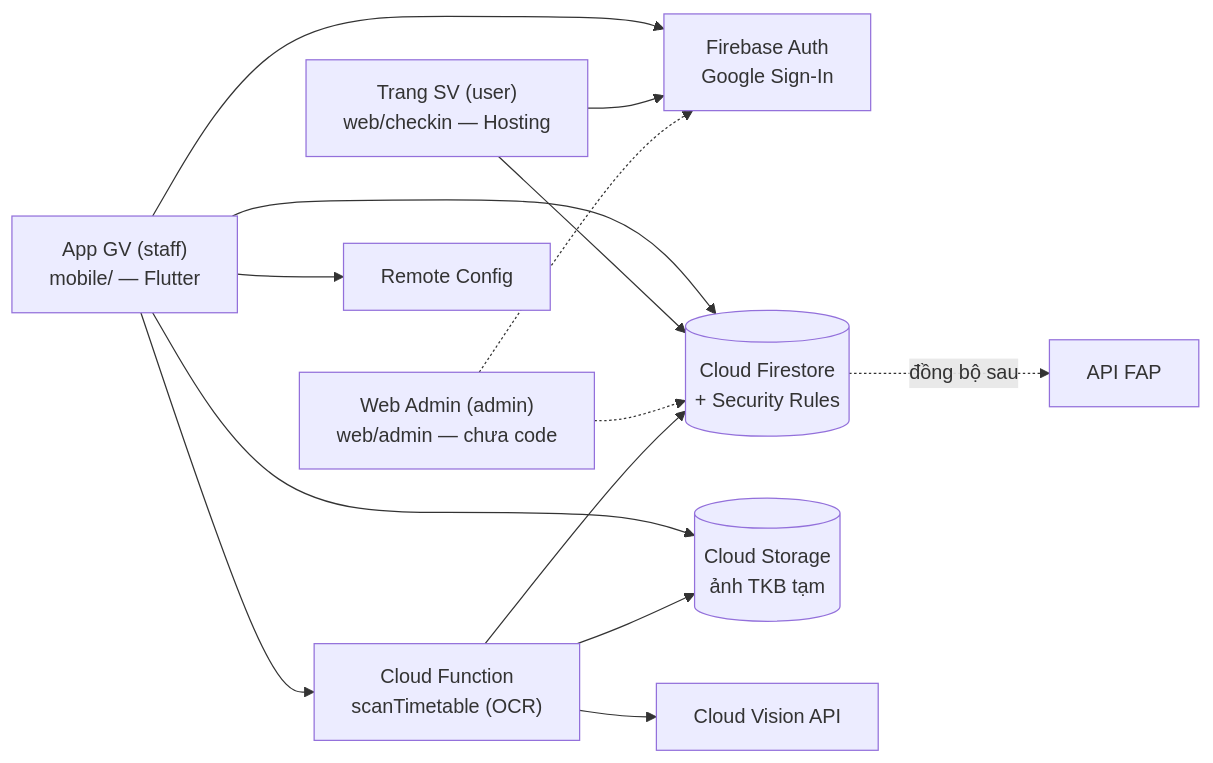
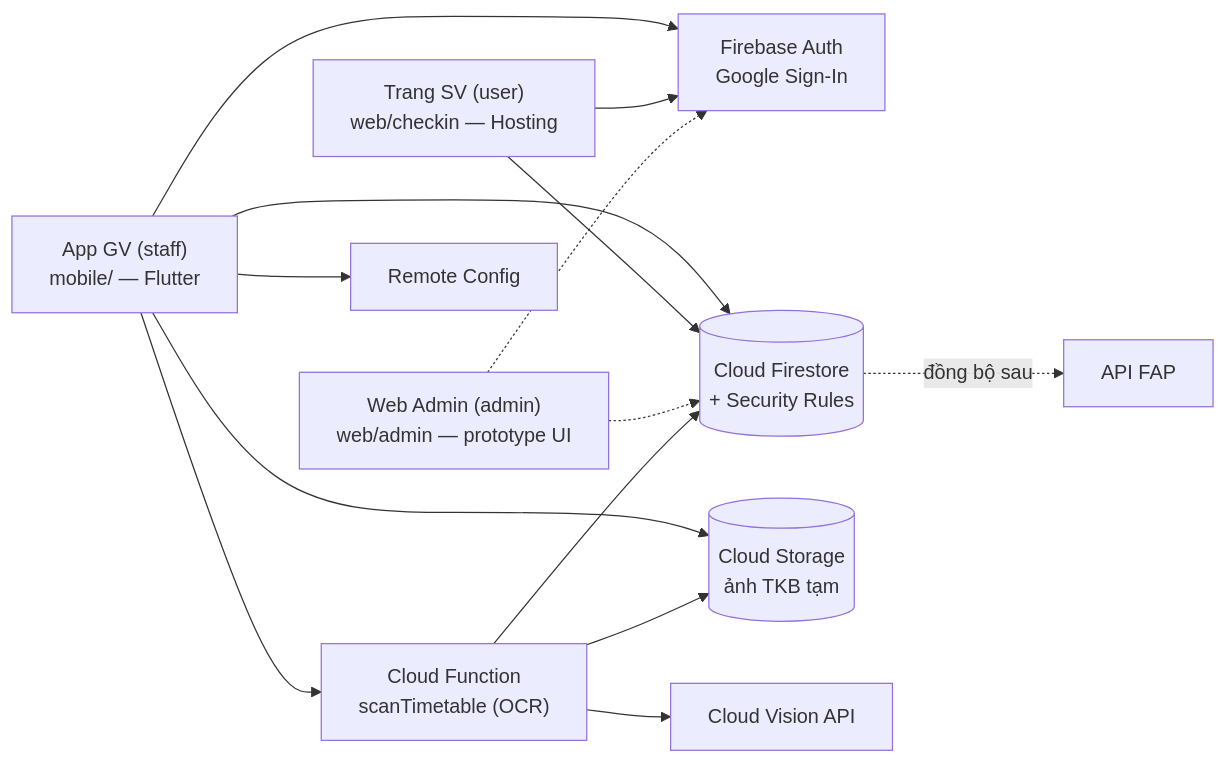
The diagram in docs/01-kien-truc-tong-the.md (ducminh852005/fapcheckin), drawn with Mermaid before and after one commit. The commit also changed 9 other files, not shown here.

Commit message:
feat: add authentication configuration, user model, and project architecture documentation

````diff
--- a/docs/01-kien-truc-tong-the.md
+++ b/docs/01-kien-truc-tong-the.md
@@ -7,16 +7,16 @@
 ```mermaid
 flowchart LR
     GV["App GV (staff)<br/>mobile/ — Flutter"] --> AUTH[Firebase Auth<br/>Google Sign-In]
     SV["Trang SV (user)<br/>web/checkin — Hosting"] --> AUTH
-    ADM["Web Admin (admin)<br/>web/admin — chưa code"] -.-> AUTH
+    ADM["Web Admin (admin)<br/>web/admin — prototype UI"] -.-> AUTH
     GV --> FS[("Cloud Firestore<br/>+ Security Rules")]
     SV --> FS
     ADM -.-> FS
     GV --> ST[(Cloud Storage<br/>ảnh TKB tạm)]
     GV --> FN["Cloud Function<br/>scanTimetable (OCR)"]
     FN --> ST
     FN --> VIS[Cloud Vision API]
     FN --> FS
     GV --> RC[Remote Config]
     FS -.đồng bộ sau.-> FAP[API FAP]
 ```
````
